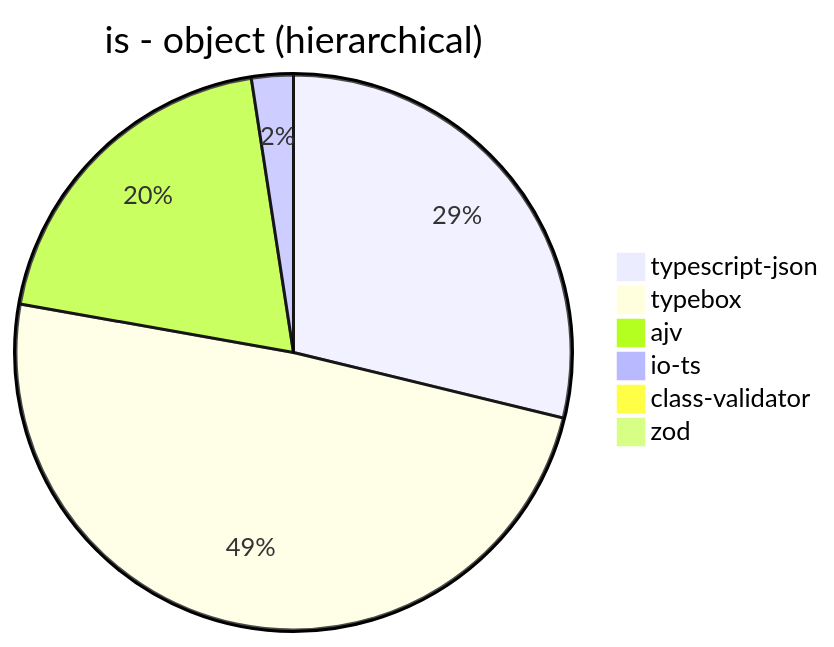
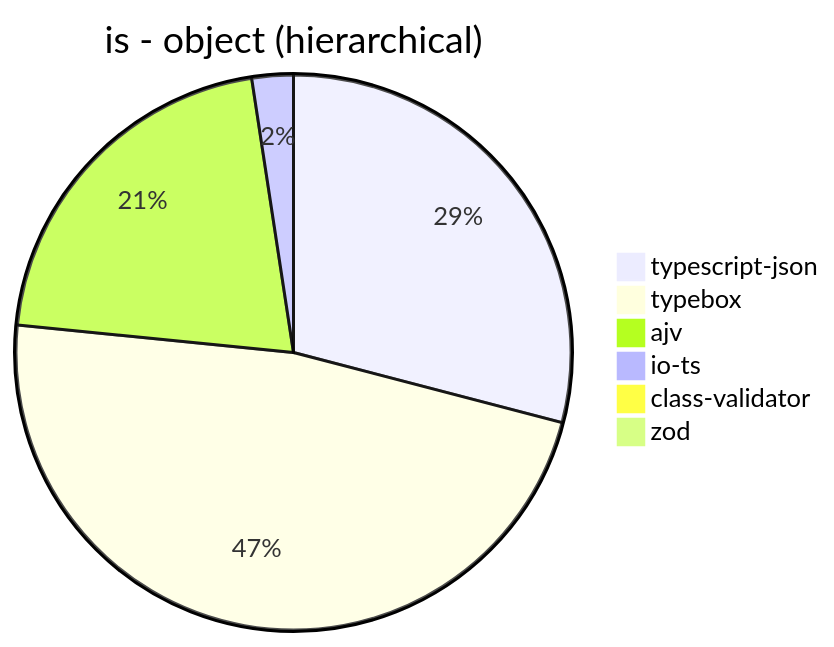
The first of 39 diagrams in benchmark/results/11th Gen Intel(R) Core(TM) i5-1135G7 @ 2.40GHz.md (samchon/typia), drawn with Mermaid before and after one commit. The commit also changed other lines of this file and 7 other files, not shown here.

````diff
--- a/benchmark/results/11th Gen Intel(R) Core(TM) i5-1135G7 @ 2.40GHz.md
+++ b/benchmark/results/11th Gen Intel(R) Core(TM) i5-1135G7 @ 2.40GHz.md
@@ -21,9 +21,9 @@
 ```mermaid
 pie title is - object (hierarchical)
-  "typescript-json": 108210.18756895918
-  "typebox": 184181.2811519291
-  "ajv": 74299.2341356674
-  "io-ts": 9138.838143953233
-  "class-validator": 62.60177311380495
-  "zod": 401.32304299889745
+  "typescript-json": 110300.23989665991
+  "typebox": 180324
+  "ajv": 79717.17734447539
+  "io-ts": 9147.08097928437
+  "class-validator": 62.69030986924592
+  "zod": 407.70081061164336
 ```
````
